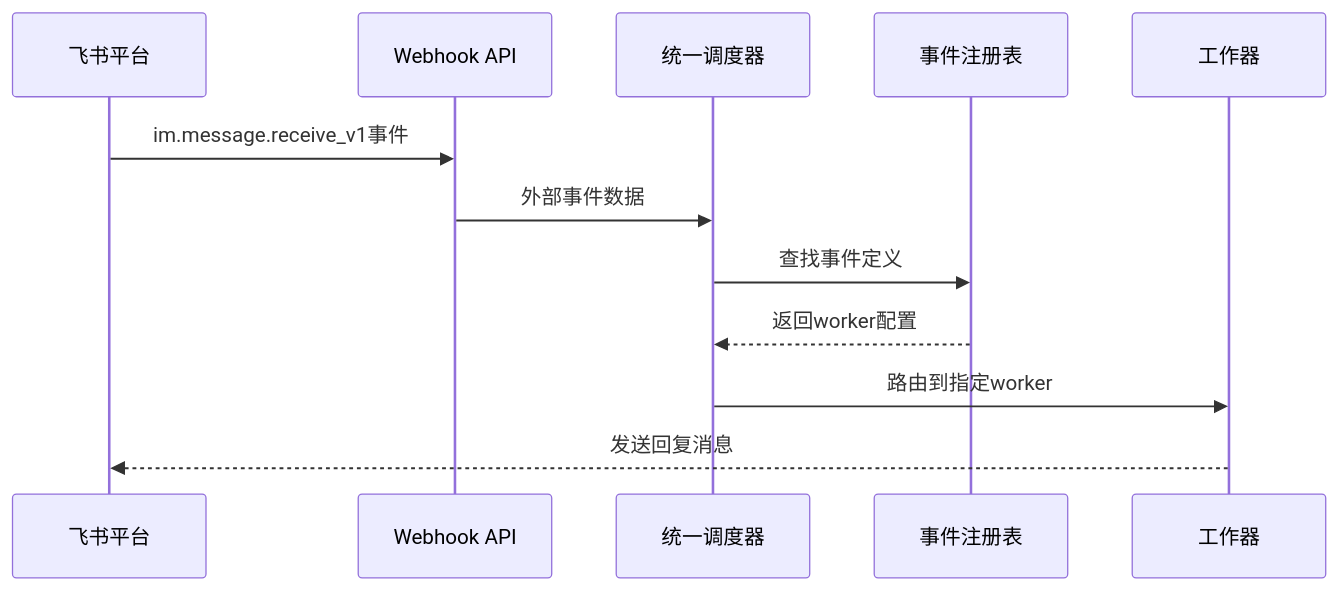
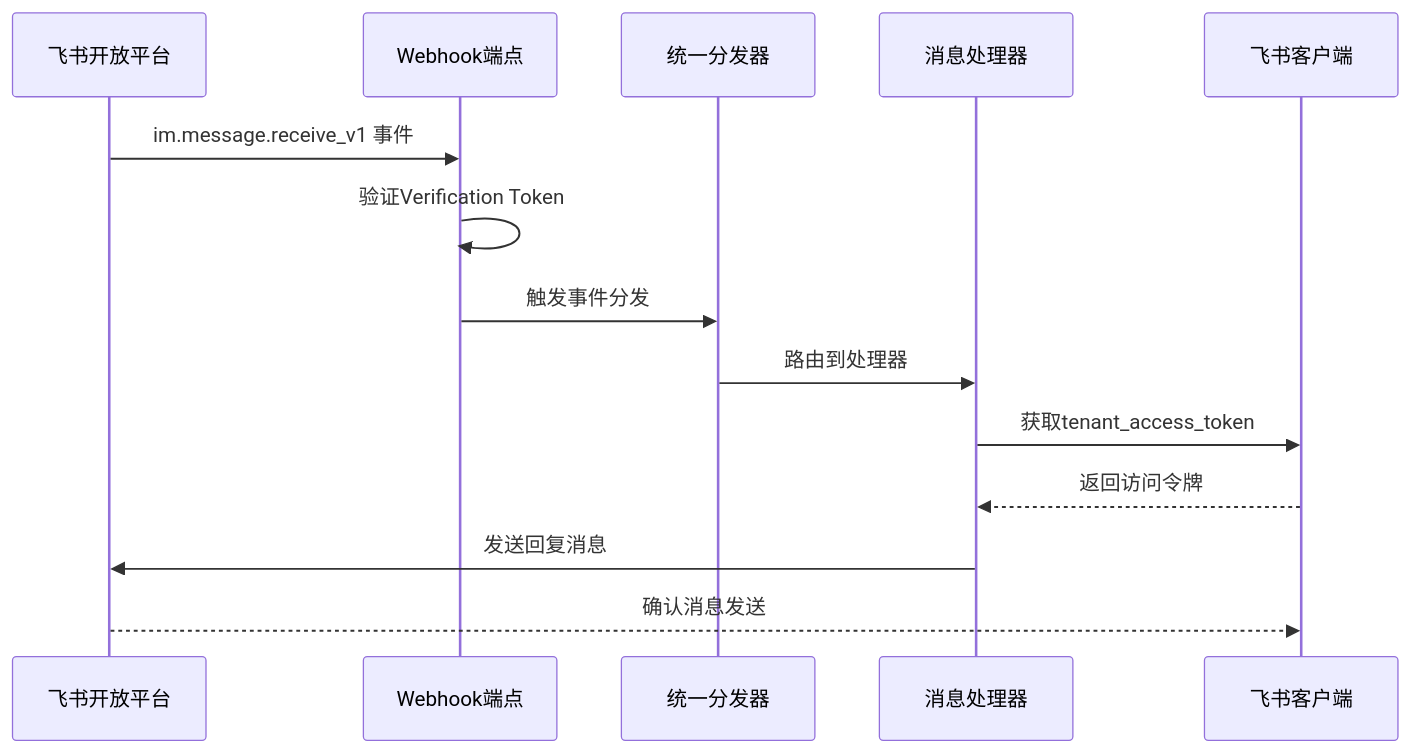
One commit to angledick/- changed the second of 6 diagrams in .qoder/repowiki/zh/content/集成与扩展/飞书集成系统.md. Above: the diagram before and after it, drawn with Mermaid. The commit also changed other lines of this file and 128 other files, not shown here.

````diff
--- a/.qoder/repowiki/zh/content/集成与扩展/飞书集成系统.md
+++ b/.qoder/repowiki/zh/content/集成与扩展/飞书集成系统.md
@@ -121,14 +105,16 @@
 ```mermaid
 sequenceDiagram
-participant FS as 飞书平台
-participant API as Webhook API
-participant DIS as 统一调度器
-participant REG as 事件注册表
-participant WRK as 工作器
-FS->>API : im.message.receive_v1事件
-API->>DIS : 外部事件数据
-DIS->>REG : 查找事件定义
-REG-->>DIS : 返回worker配置
-DIS->>WRK : 路由到指定worker
-WRK-->>FS : 发送回复消息
+participant Feishu as 飞书开放平台
+participant API as Webhook端点
+participant Dispatcher as 统一分发器
+participant Handler as 消息处理器
+participant Client as 飞书客户端
+Feishu->>API : im.message.receive_v1 事件
+API->>API : 验证Verification Token
+API->>Dispatcher : 触发事件分发
+Dispatcher->>Handler : 路由到处理器
+Handler->>Client : 获取tenant_access_token
+Client-->>Handler : 返回访问令牌
+Handler->>Feishu : 发送回复消息
+Feishu-->>Client : 确认消息发送
 ```
````
